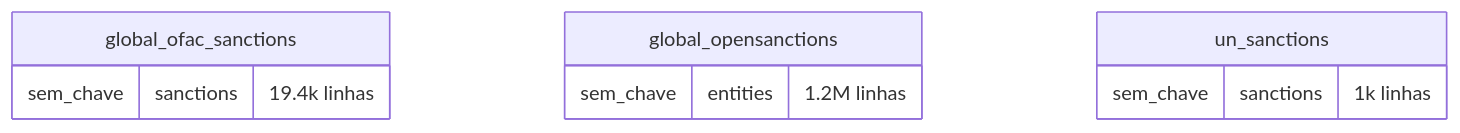
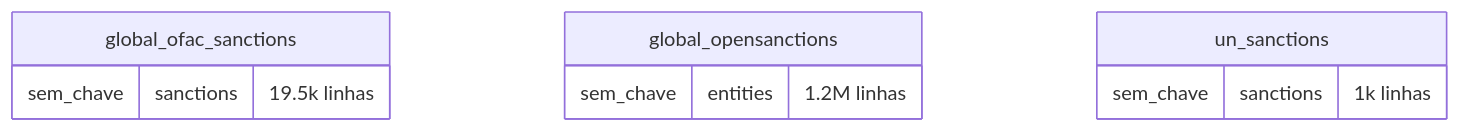
Diagram 22 of 37 in docs/mapa/ERD.md (rafapolo/rodado), drawn with Mermaid before and after one commit. The commit also changed other lines of this file and 39 other files, not shown here.

````diff
--- a/docs/mapa/ERD.md
+++ b/docs/mapa/ERD.md
@@ -1930,12 +2044,12 @@
 ```mermaid
 erDiagram
     global_ofac_sanctions {
-        sem_chave sanctions "19.4k linhas"
+        sem_chave sanctions "19.5k linhas"
     }
     global_opensanctions {
         sem_chave entities "1.2M linhas"
     }
     un_sanctions {
         sem_chave sanctions "1k linhas"
     }
 ```
````
